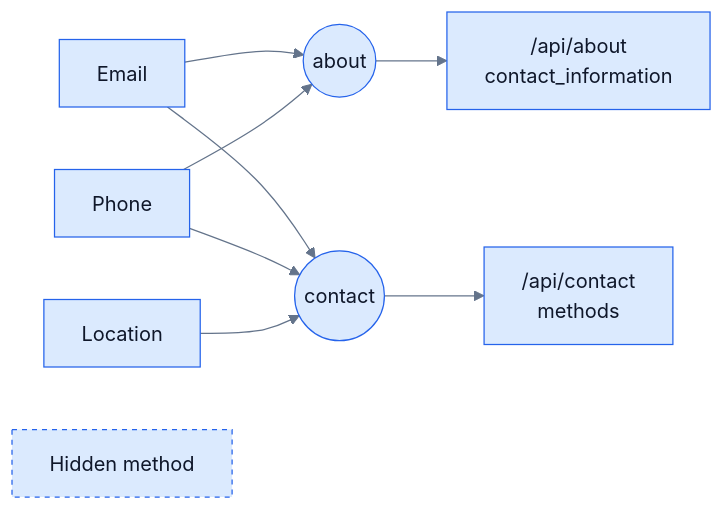
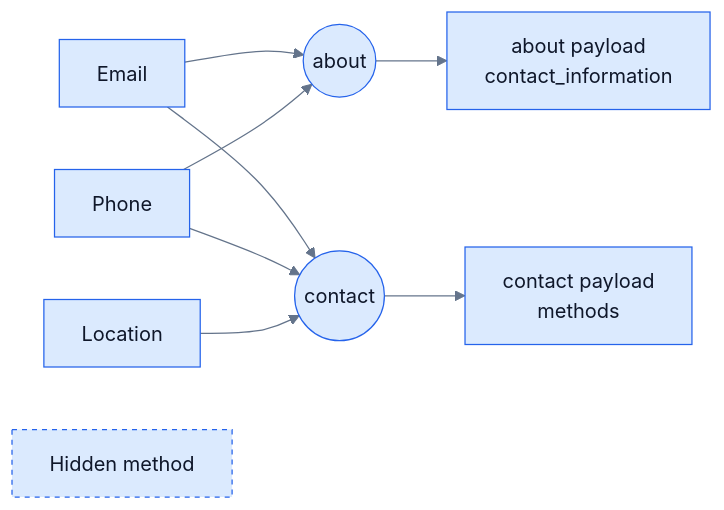
The tenth of 14 diagrams in docs/database-architecture.md (mhmdsbr/portfolio), drawn with Mermaid before and after one commit. The commit also changed other lines of this file and 1 other file, not shown here.

Commit message:
docs: update architecture and schema docs for new module layout

````diff
--- a/docs/database-architecture.md
+++ b/docs/database-architecture.md
@@ -431,15 +433,15 @@
 ```mermaid
 %%{init: {'theme':'base','themeVariables':{'primaryColor':'#dbeafe','primaryTextColor':'#0f172a','primaryBorderColor':'#2563eb','secondaryColor':'#e0f2fe','tertiaryColor':'#f1f5f9','lineColor':'#64748b','textColor':'#0f172a','mainBkg':'#dbeafe','nodeBorder':'#2563eb','clusterBkg':'#f1f5f9','clusterBorder':'#94a3b8','titleColor':'#0f172a','edgeLabelBackground':'#e2e8f0'}}}%%
 flowchart LR
     M1["Email"] --> L1(("about"))
     M1 --> L2(("contact"))
     M2["Phone"] --> L1
     M2 --> L2
     M3["Location"] --> L2
     M4["Hidden method"]:::hidden
 
-    L1 --> API1["/api/about<br/>contact_information"]
-    L2 --> API2["/api/contact<br/>methods"]
+    L1 --> API1["about payload<br/>contact_information"]
+    L2 --> API2["contact payload<br/>methods"]
 
     classDef hidden stroke-dasharray: 4 4
 ```
````
